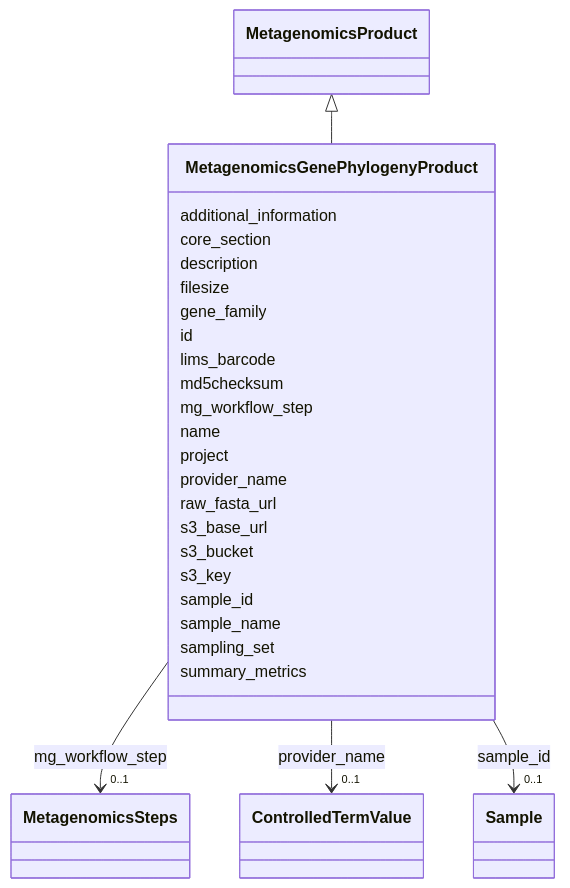
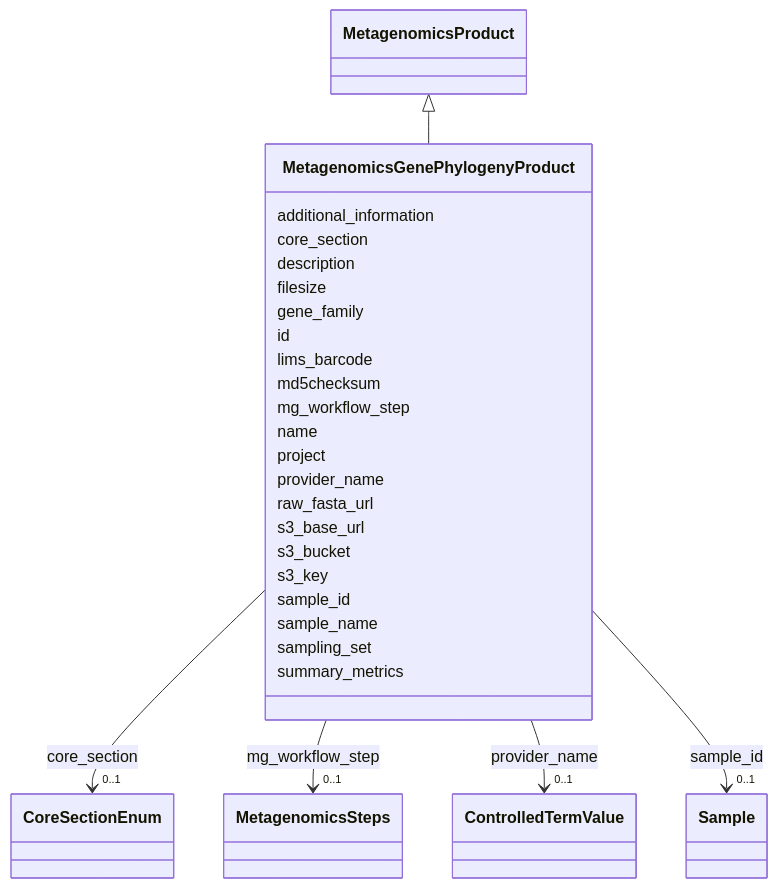
One commit to EMSL-Computing/BASALT-Schema changed the diagram in docs/elements/MetagenomicsGenePhylogenyProduct.md. Above: the diagram before and after it, drawn with Mermaid. The commit also changed other lines of this file and 388 other files, not shown here.

```diff
--- a/docs/elements/MetagenomicsGenePhylogenyProduct.md
+++ b/docs/elements/MetagenomicsGenePhylogenyProduct.md
@@ -28,6 +28,16 @@
       MetagenomicsGenePhylogenyProduct : additional_information
         
       MetagenomicsGenePhylogenyProduct : core_section
+        
+          
+    
+    
+    
+    
+    MetagenomicsGenePhylogenyProduct --> "0..1" CoreSectionEnum : core_section
+    click CoreSectionEnum href "../CoreSectionEnum"
+    
+
         
       MetagenomicsGenePhylogenyProduct : description
         
```
